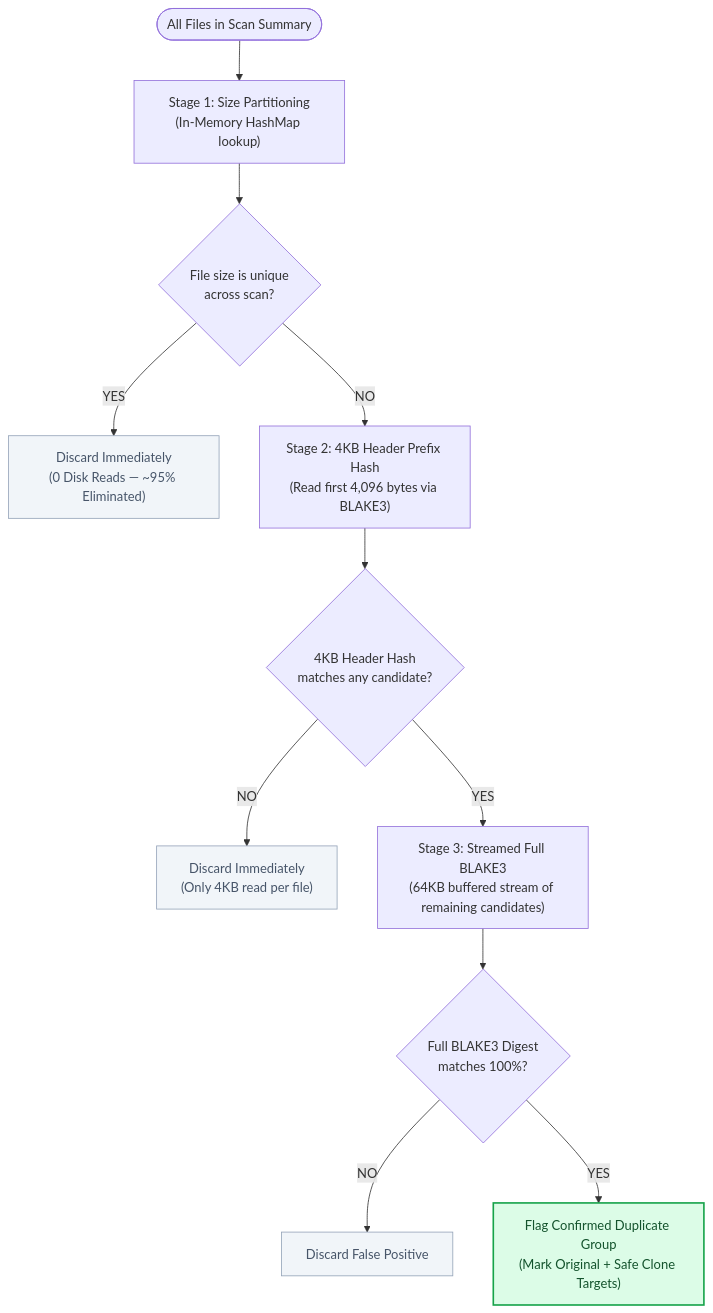
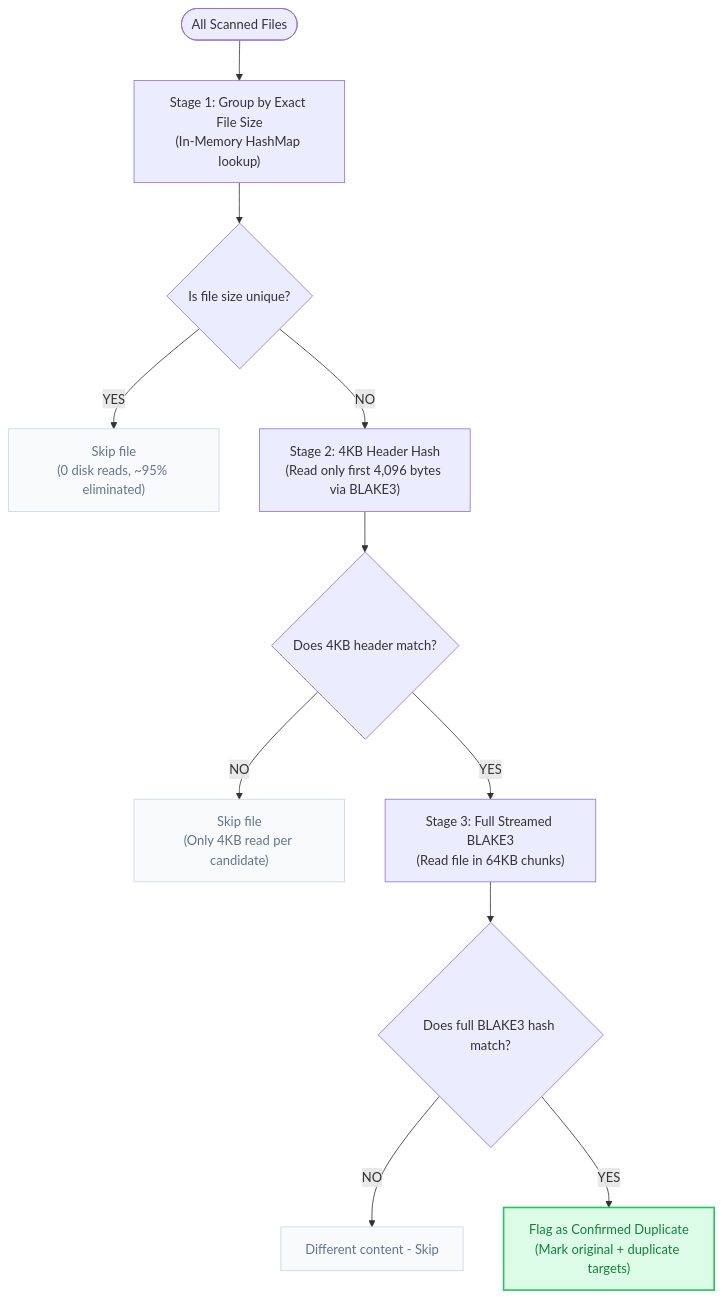
Before and after one commit to ankitpandey1900/ByteMap: the second of 3 diagrams in docs/SYSTEM_DESIGN.md, drawn with Mermaid. The commit also changed other lines of this file and 3 other files, not shown here.

````diff
--- a/docs/SYSTEM_DESIGN.md
+++ b/docs/SYSTEM_DESIGN.md
@@ -128,21 +123,21 @@
 ```mermaid
 flowchart TD
-    Start([All Files in Scan Summary]) --> Stage1["Stage 1: Size Partitioning<br/>(In-Memory HashMap lookup)"]
+    Start([All Scanned Files]) --> Stage1["Stage 1: Group by Exact File Size<br/>(In-Memory HashMap lookup)"]
     
-    Stage1 --> S1Check{"File size is unique<br/>across scan?"}
-    S1Check -- YES --> Discard1["Discard Immediately<br/>(0 Disk Reads — ~95% Eliminated)"]
-    S1Check -- NO --> Stage2["Stage 2: 4KB Header Prefix Hash<br/>(Read first 4,096 bytes via BLAKE3)"]
+    Stage1 --> S1Check{"Is file size unique?"}
+    S1Check -- YES --> Discard1["Skip file<br/>(0 disk reads, ~95% eliminated)"]
+    S1Check -- NO --> Stage2["Stage 2: 4KB Header Hash<br/>(Read only first 4,096 bytes via BLAKE3)"]
     
-    Stage2 --> S2Check{"4KB Header Hash<br/>matches any candidate?"}
-    S2Check -- NO --> Discard2["Discard Immediately<br/>(Only 4KB read per file)"]
-    S2Check -- YES --> Stage3["Stage 3: Streamed Full BLAKE3<br/>(64KB buffered stream of remaining candidates)"]
+    Stage2 --> S2Check{"Does 4KB header match?"}
+    S2Check -- NO --> Discard2["Skip file<br/>(Only 4KB read per candidate)"]
+    S2Check -- YES --> Stage3["Stage 3: Full Streamed BLAKE3<br/>(Read file in 64KB chunks)"]
     
-    Stage3 --> S3Check{"Full BLAKE3 Digest<br/>matches 100%?"}
-    S3Check -- NO --> Discard3["Discard False Positive"]
-    S3Check -- YES --> Confirmed["Flag Confirmed Duplicate Group<br/>(Mark Original + Safe Clone Targets)"]
+    Stage3 --> S3Check{"Does full BLAKE3 hash match?"}
+    S3Check -- NO --> Discard3["Different content - Skip"]
+    S3Check -- YES --> Confirmed["Flag as Confirmed Duplicate<br/>(Mark original + duplicate targets)"]
 
-    style Discard1 fill:#f1f5f9,stroke:#94a3b8,color:#475569
-    style Discard2 fill:#f1f5f9,stroke:#94a3b8,color:#475569
-    style Discard3 fill:#f1f5f9,stroke:#94a3b8,color:#475569
-    style Confirmed fill:#dcfce7,stroke:#16a34a,color:#14532d,stroke-width:2px
+    style Discard1 fill:#f8fafc,stroke:#cbd5e1,color:#64748b
+    style Discard2 fill:#f8fafc,stroke:#cbd5e1,color:#64748b
+    style Discard3 fill:#f8fafc,stroke:#cbd5e1,color:#64748b
+    style Confirmed fill:#dcfce7,stroke:#22c55e,color:#15803d,stroke-width:2px
 ```
````
